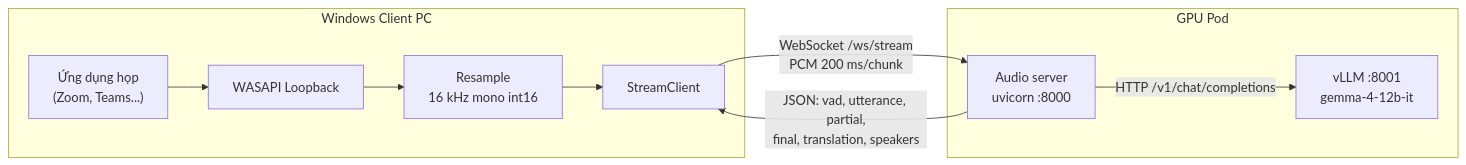
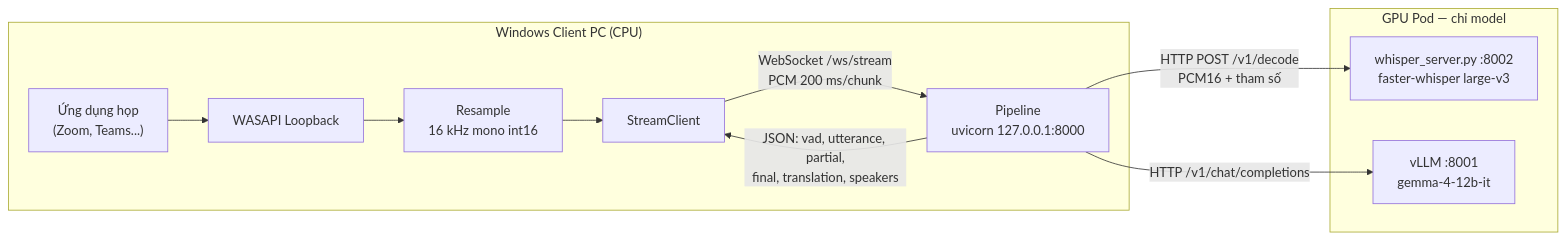
The first of 8 diagrams in ARCHITECTURE.md (phivan3008/Realtime-meeting-translator-v7), drawn with Mermaid before and after one commit. The commit also changed other lines of this file and 34 other files, not shown here.

First line of the commit message:
feat: run the pipeline on Windows, serve only the two models from the pod

````diff
--- a/ARCHITECTURE.md
+++ b/ARCHITECTURE.md
@@ -18,15 +23,17 @@
 ```mermaid
 flowchart LR
-    subgraph WIN["Windows Client PC"]
+    subgraph WIN["Windows Client PC (CPU)"]
         APP["Ứng dụng họp<br/>(Zoom, Teams...)"] --> CAP["WASAPI Loopback"]
         CAP --> RS["Resample<br/>16 kHz mono int16"]
         RS --> WS["StreamClient"]
+        SRV["Pipeline<br/>uvicorn 127.0.0.1:8000"]
+        WS -- "WebSocket /ws/stream<br/>PCM 200 ms/chunk" --> SRV
+        SRV -- "JSON: vad, utterance, partial,<br/>final, translation, speakers" --> WS
     end
-    subgraph POD["GPU Pod"]
-        SRV["Audio server<br/>uvicorn :8000"]
+    subgraph POD["GPU Pod — chỉ model"]
+        WH["whisper_server.py :8002<br/>faster-whisper large-v3"]
         LLM["vLLM :8001<br/>gemma-4-12b-it"]
-        SRV -- "HTTP /v1/chat/completions" --> LLM
     end
-    WS -- "WebSocket /ws/stream<br/>PCM 200 ms/chunk" --> SRV
-    SRV -- "JSON: vad, utterance, partial,<br/>final, translation, speakers" --> WS
+    SRV -- "HTTP POST /v1/decode<br/>PCM16 + tham số" --> WH
+    SRV -- "HTTP /v1/chat/completions" --> LLM
 ```
````
